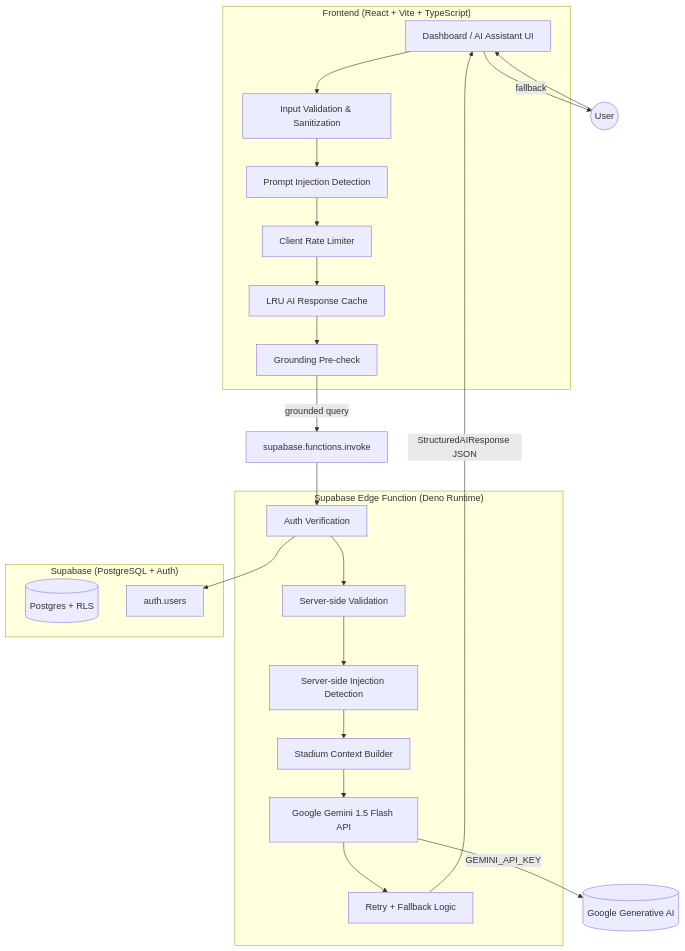
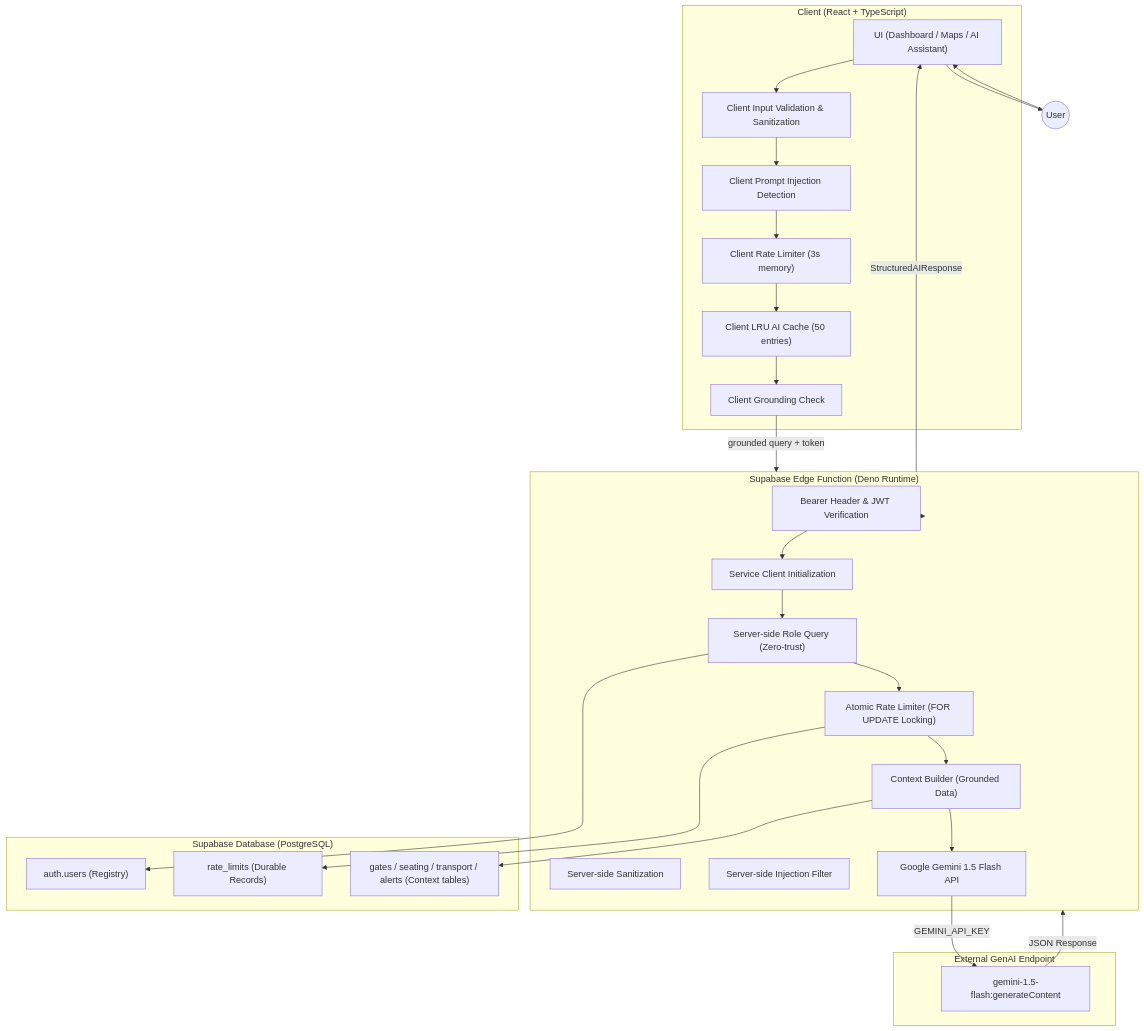
Before and after one commit to 1179irfatkhan-web/genai-smart-stadium-operation-platfrom: the first of 2 diagrams in docs/ARCHITECTURE.md, drawn with Mermaid. The commit also changed other lines of this file and 23 other files, not shown here.

Commit message:
refactor: improve code quality, architecture, documentation, and Challenge 4 alignment

````diff
--- a/docs/ARCHITECTURE.md
+++ b/docs/ARCHITECTURE.md
@@ -9,35 +9,47 @@
 ```mermaid
 flowchart TB
-    subgraph Client["Frontend (React + Vite + TypeScript)"]
-        UI[Dashboard / AI Assistant UI]
-        Val[Input Validation & Sanitization]
-        Inj[Prompt Injection Detection]
-        RL[Client Rate Limiter]
-        Cache[LRU AI Response Cache]
-        Ground[Grounding Pre-check]
+    subgraph Client["Client (React + TypeScript)"]
+        UI["UI (Dashboard / Maps / AI Assistant)"]
+        Val["Client Input Validation & Sanitization"]
+        Inj["Client Prompt Injection Detection"]
+        RL["Client Rate Limiter (3s memory)"]
+        Cache["Client LRU AI Cache (50 entries)"]
+        Ground["Client Grounding Check"]
     end
 
     subgraph Edge["Supabase Edge Function (Deno Runtime)"]
-        Auth[Auth Verification]
-        SVal[Server-side Validation]
-        SInj[Server-side Injection Detection]
-        Context[Stadium Context Builder]
-        Gemini[Google Gemini 1.5 Flash API]
-        Retry[Retry + Fallback Logic]
+        Auth["Bearer Header & JWT Verification"]
+        Service["Service Client Initialization"]
+        Role["Server-side Role Query (Zero-trust)"]
+        SVal["Server-side Sanitization"]
+        SInj["Server-side Injection Filter"]
+        Context["Context Builder (Grounded Data)"]
+        Rate["Atomic Rate Limiter (FOR UPDATE Locking)"]
+        Gemini["Google Gemini 1.5 Flash API"]
     end
 
-    subgraph Data["Supabase (PostgreSQL + Auth)"]
-        DB[(Postgres + RLS)]
-        AuthTbl[auth.users]
+    subgraph DB["Supabase Database (PostgreSQL)"]
+        DBR["auth.users (Registry)"]
+        RLT["rate_limits (Durable Records)"]
+        GAT["gates / seating / transport / alerts (Context tables)"]
+    end
+
+    subgraph Google["External GenAI Endpoint"]
+        GEM["gemini-1.5-flash:generateContent"]
     end
 
     User((User)) --> UI
     UI --> Val --> Inj --> RL --> Cache --> Ground
-    Ground -->|grounded query| Invoke[supabase.functions.invoke]
-    Invoke --> Auth --> SVal --> SInj --> Context --> Gemini --> Retry
-    Retry -->|StructuredAIResponse JSON| UI
-    UI -->|fallback| User
-
-    Auth --> AuthTbl
-    Gemini -->|GEMINI_API_KEY| GeminiAPI[(Google Generative AI)]
+    Ground -->|grounded query + token| Edge
+    Edge --> Auth --> Service --> Role
+    Role --> DBR
+    Role --> Rate
+    Rate --> RLT
+    Rate --> Context
+    Context --> GAT
+    Context --> Gemini
+    Gemini -->|GEMINI_API_KEY| GEM
+    GEM -->|JSON Response| Edge
+    Edge -->|StructuredAIResponse| UI
+    UI --> User
 ```
````
